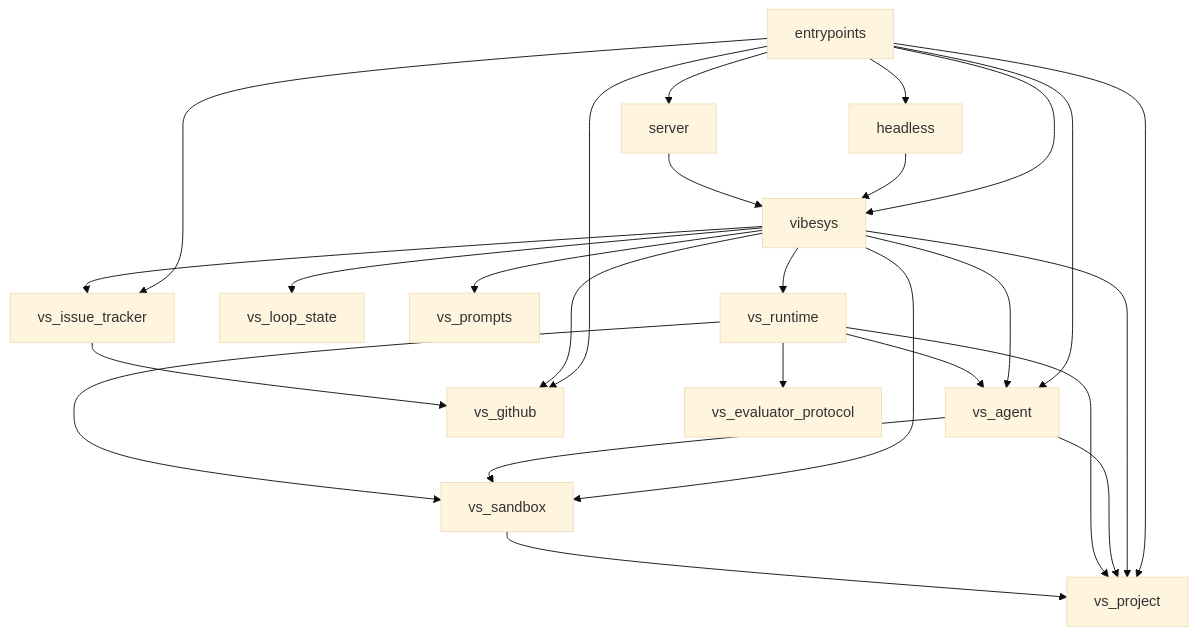
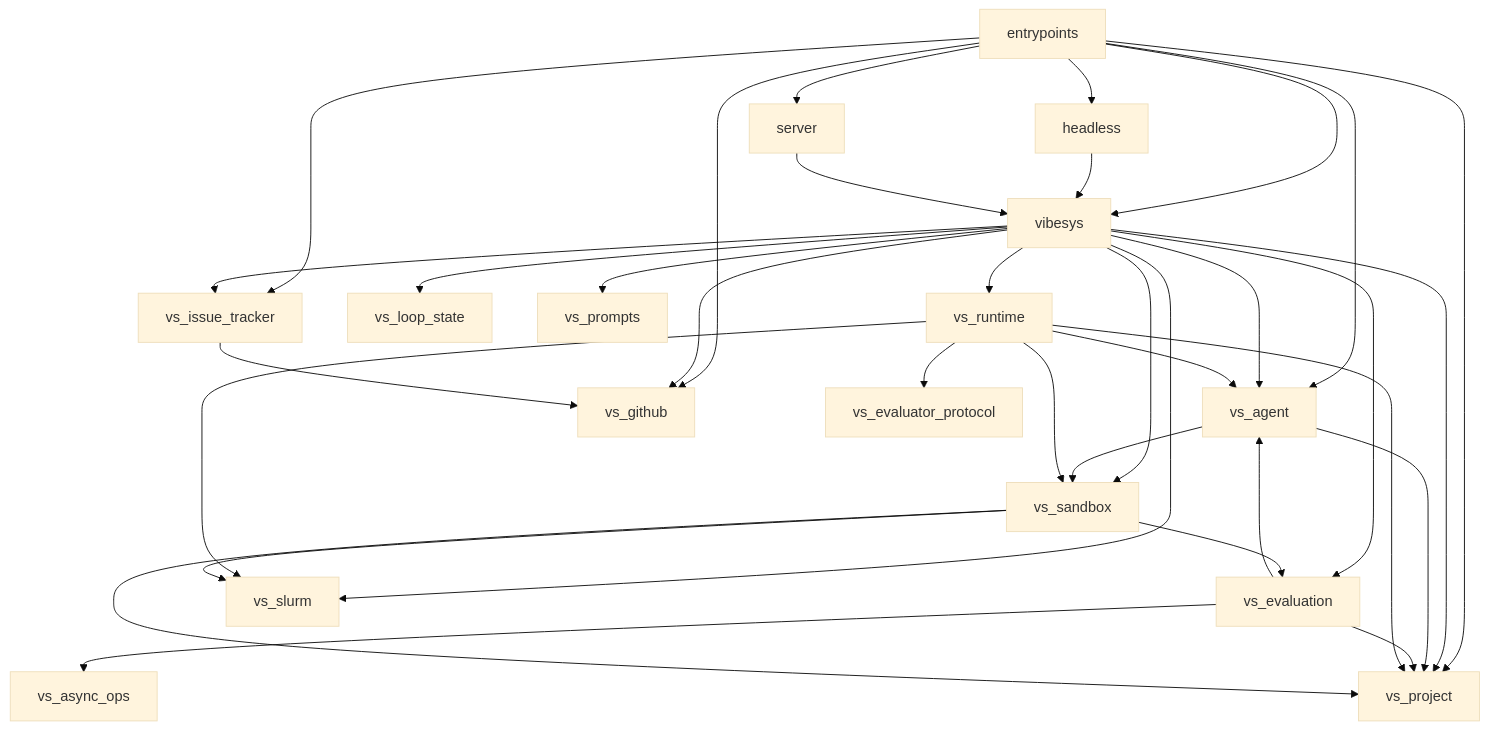
Before and after one commit to AyanBinRafaih/vibe-serve: the first of 3 diagrams in docs/contributing/architecture.md, drawn with Mermaid (base theme). The commit also changed other lines of this file and 133 other files, not shown here.

````diff
--- a/docs/contributing/architecture.md
+++ b/docs/contributing/architecture.md
@@ -46,28 +46,36 @@
 ```mermaid
 graph TD
     entrypoints --> headless
     entrypoints --> server
     entrypoints --> vibesys
     entrypoints --> vs_agent
     entrypoints --> vs_github
     entrypoints --> vs_issue_tracker
     entrypoints --> vs_project
     headless --> vibesys
     server --> vibesys
     vibesys --> vs_agent
+    vibesys --> vs_evaluation
     vibesys --> vs_github
     vibesys --> vs_issue_tracker
     vibesys --> vs_loop_state
     vibesys --> vs_project
     vibesys --> vs_prompts
     vibesys --> vs_runtime
     vibesys --> vs_sandbox
+    vibesys --> vs_slurm
     vs_agent --> vs_project
     vs_agent --> vs_sandbox
+    vs_evaluation --> vs_agent
+    vs_evaluation --> vs_async_ops
+    vs_evaluation --> vs_project
     vs_issue_tracker --> vs_github
     vs_runtime --> vs_agent
     vs_runtime --> vs_evaluator_protocol
     vs_runtime --> vs_project
     vs_runtime --> vs_sandbox
+    vs_runtime --> vs_slurm
+    vs_sandbox --> vs_evaluation
     vs_sandbox --> vs_project
+    vs_sandbox --> vs_slurm
 ```
````
